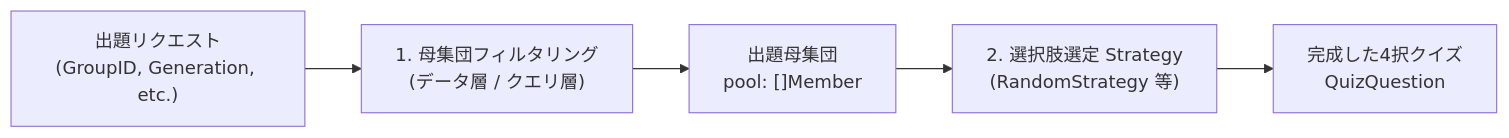
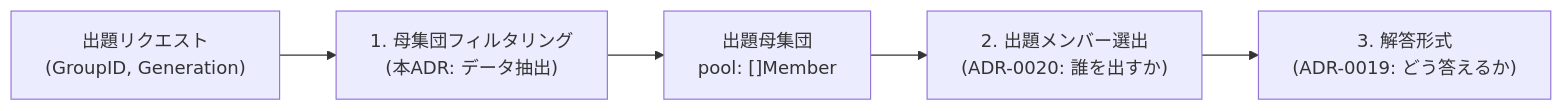
The diagram in adr/0018-quiz-candidate-pool-filtering-architecture.md (AobaIwaki123/penlight-v2), drawn with Mermaid before and after one commit. The commit also changed other lines of this file and 3 other files, not shown here.

````diff
--- a/adr/0018-quiz-candidate-pool-filtering-architecture.md
+++ b/adr/0018-quiz-candidate-pool-filtering-architecture.md
@@ -22,7 +22,7 @@
 ```mermaid
 flowchart LR
-    Request["出題リクエスト<br/>(GroupID, Generation, etc.)"] --> Filter["1. 母集団フィルタリング<br/>(データ層 / クエリ層)"]
+    Request["出題リクエスト<br/>(GroupID, Generation)"] --> Filter["1. 母集団フィルタリング<br/>(本ADR: データ抽出)"]
     Filter --> Pool["出題母集団<br/>pool: []Member"]
-    Pool --> Strategy["2. 選択肢選定 Strategy<br/>(RandomStrategy 等)"]
-    Strategy --> Question["完成した4択クイズ<br/>QuizQuestion"]
+    Pool --> Target["2. 出題メンバー選出<br/>(ADR-0020: 誰を出すか)"]
+    Target --> Format["3. 解答形式<br/>(ADR-0019: どう答えるか)"]
 ```
````
